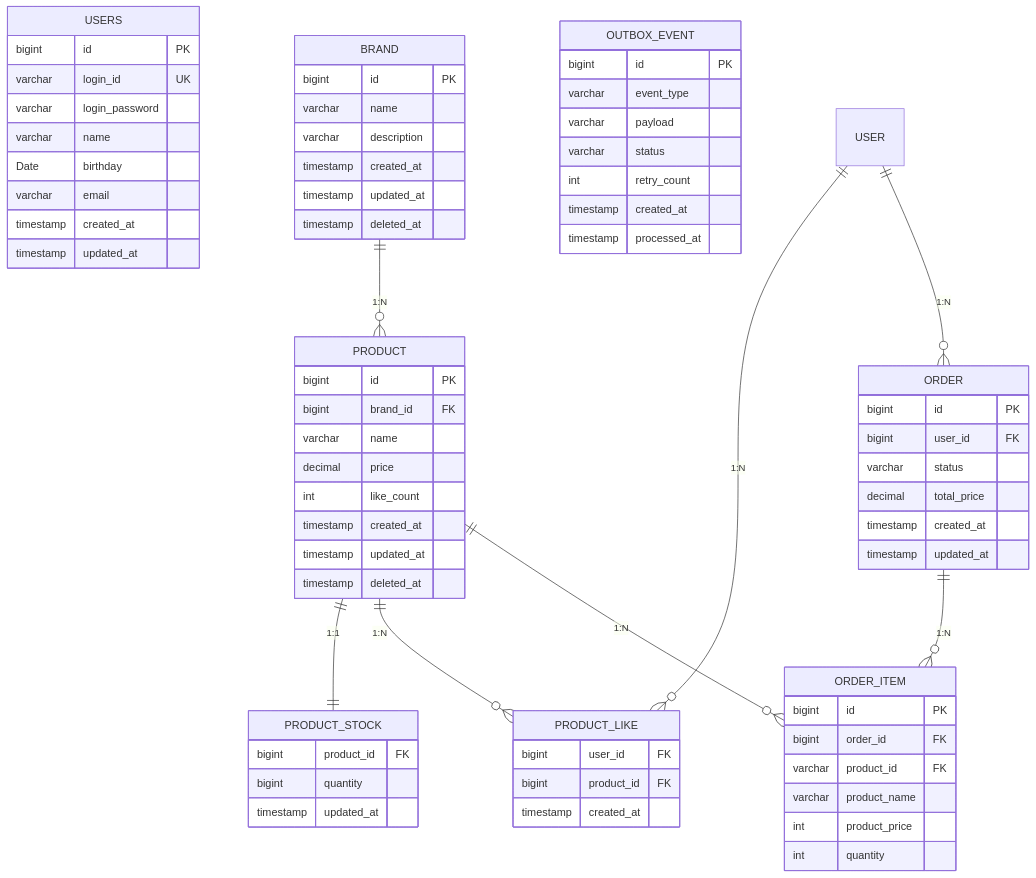
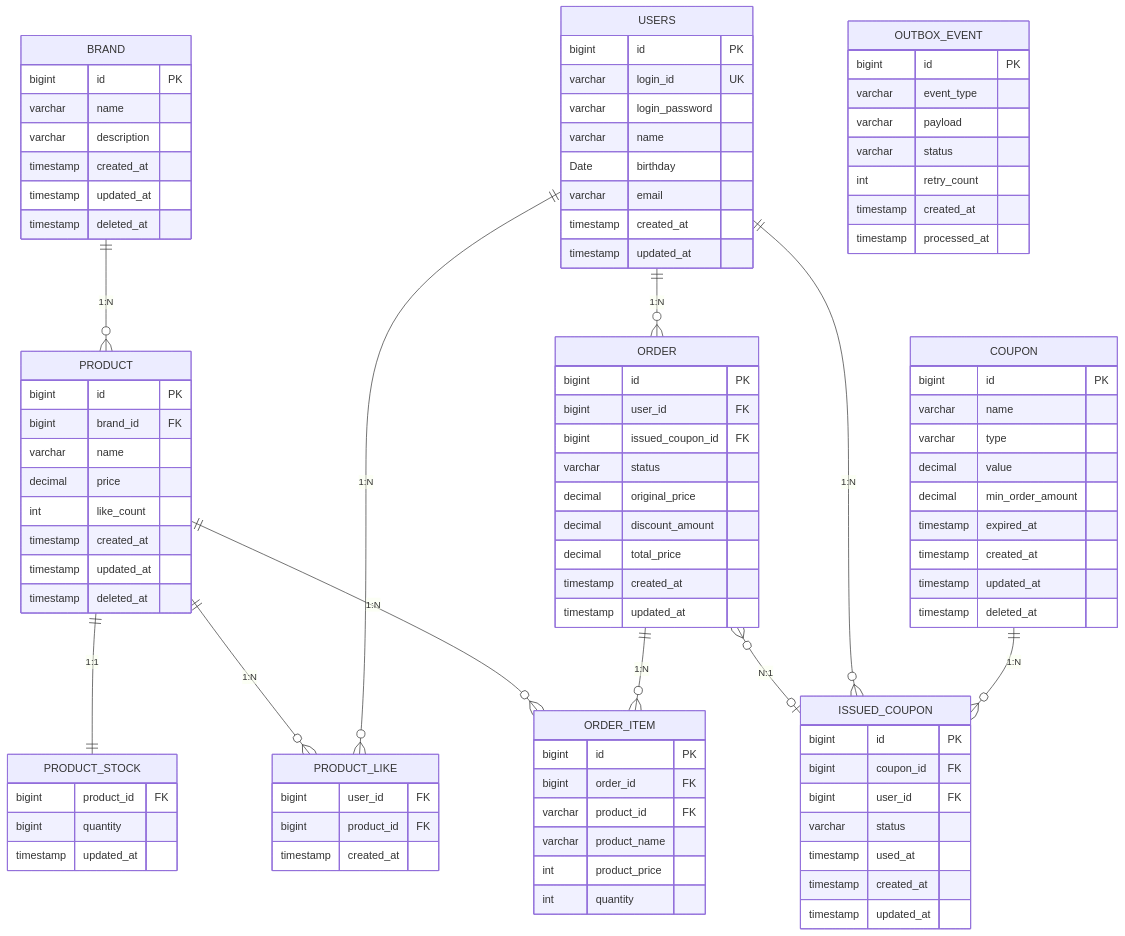
One commit to loopers-labs/loop-pack-be-l2-vol4-java changed the diagram in docs/design/04-erd.md. Above: the diagram before and after it, drawn with Mermaid. The commit also changed other lines of this file and 4 other files, not shown here.

````diff
--- a/docs/design/04-erd.md
+++ b/docs/design/04-erd.md
@@ -43,10 +43,35 @@
     timestamp created_at
   }
 
+  COUPON {
+    bigint id PK
+    varchar name
+    varchar type
+    decimal value
+    decimal min_order_amount
+    timestamp expired_at
+    timestamp created_at
+    timestamp updated_at
+    timestamp deleted_at
+  }
+
+  ISSUED_COUPON {
+    bigint id PK
+    bigint coupon_id FK
+    bigint user_id FK
+    varchar status
+    timestamp used_at
+    timestamp created_at
+    timestamp updated_at
+  }
+
   ORDER {
     bigint id PK
     bigint user_id FK
+    bigint issued_coupon_id FK
     varchar status
+    decimal original_price
+    decimal discount_amount
     decimal total_price
     timestamp created_at
     timestamp updated_at
@@ -72,10 +97,13 @@
   }
 
   BRAND ||--o{ PRODUCT : "1:N"
-	PRODUCT ||--|| PRODUCT_STOCK : "1:1"
-	USER ||--o{ PRODUCT_LIKE : "1:N"
-	PRODUCT ||--o{ PRODUCT_LIKE : "1:N"
-	USER ||--o{ ORDER : "1:N"
-	ORDER ||--o{ ORDER_ITEM : "1:N"
-	PRODUCT ||--o{ ORDER_ITEM : "1:N"
+  PRODUCT ||--|| PRODUCT_STOCK : "1:1"
+  USERS ||--o{ PRODUCT_LIKE : "1:N"
+  PRODUCT ||--o{ PRODUCT_LIKE : "1:N"
+  USERS ||--o{ ORDER : "1:N"
+  ORDER ||--o{ ORDER_ITEM : "1:N"
+  PRODUCT ||--o{ ORDER_ITEM : "1:N"
+  COUPON ||--o{ ISSUED_COUPON : "1:N"
+  USERS ||--o{ ISSUED_COUPON : "1:N"
+  ORDER }o--o| ISSUED_COUPON : "N:1"
 ```
````
